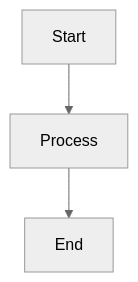
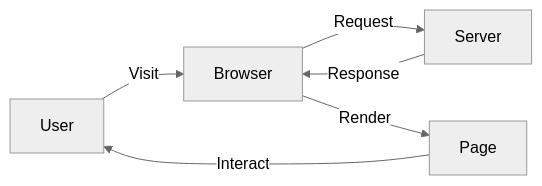
One commit to Moriefy/blog-theme-haprial changed the second of 7 diagrams in content/blog/2024-01-01-hello-world.md. Above: the diagram before and after it, drawn with Mermaid (neutral theme). The commit also changed other lines of this file, not shown here.

First line of the commit message:
📊 Add more Mermaid diagram types to Hello World

````diff
--- a/content/blog/2024-01-01-hello-world.md
+++ b/content/blog/2024-01-01-hello-world.md
@@ -91,5 +91,8 @@
 ```mermaid
-graph TD
-    A[Start] --> B[Process]
-    B --> C[End]
+graph LR
+    A[User] -->|Visit| B[Browser]
+    B -->|Request| C[Server]
+    C -->|Response| B
+    B -->|Render| D[Page]
+    D -->|Interact| A
 ```
````
